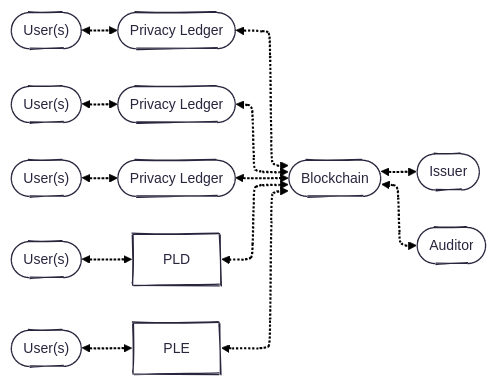
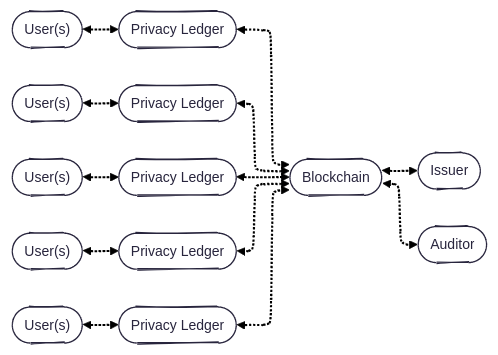
The first of 5 diagrams in enygma_payments/README.md (raylsnetwork/Enygma), drawn with Mermaid before and after one commit.

Commit message:
Update README to include PLD and PLE
Add PLD and PLE to the Privacy Ledger section

````diff
--- a/enygma_payments/README.md
+++ b/enygma_payments/README.md
@@ -5,33 +5,35 @@
 ```mermaid
 ---
 config:
   theme: redux
   layout: elk
   look: handDrawn
 ---
 flowchart LR
     UA(["User(s)"])
     UB(["User(s)"])
     UC(["User(s)"])
     UD(["User(s)"])
     UE(["User(s)"])
     
 
     PLA(["Privacy Ledger"])
     PLB(["Privacy Ledger"])
     PLC(["Privacy Ledger"])
+    PLD(["Privacy Ledger"])
+    PLE(["Privacy Ledger"])
 
     B(["Blockchain"])
     I(["Issuer"])
     A(["Auditor"])
     
 
     PLA & PLB & PLC & PLD & PLE <-.-> B <-.-> I & A
 
     UA <-.-> PLA
     UB <-.-> PLB
     UC <-.-> PLC
     UD <-.-> PLD
     UE <-.-> PLE
 
 ```
````
